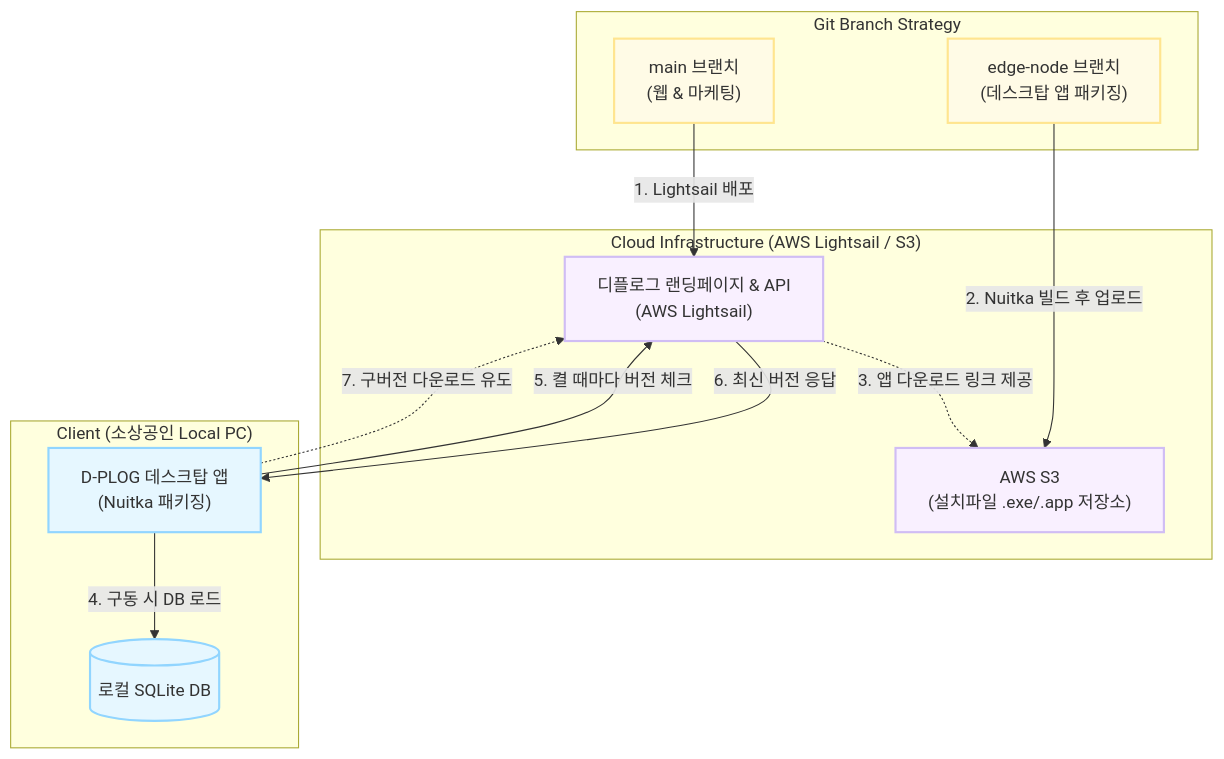
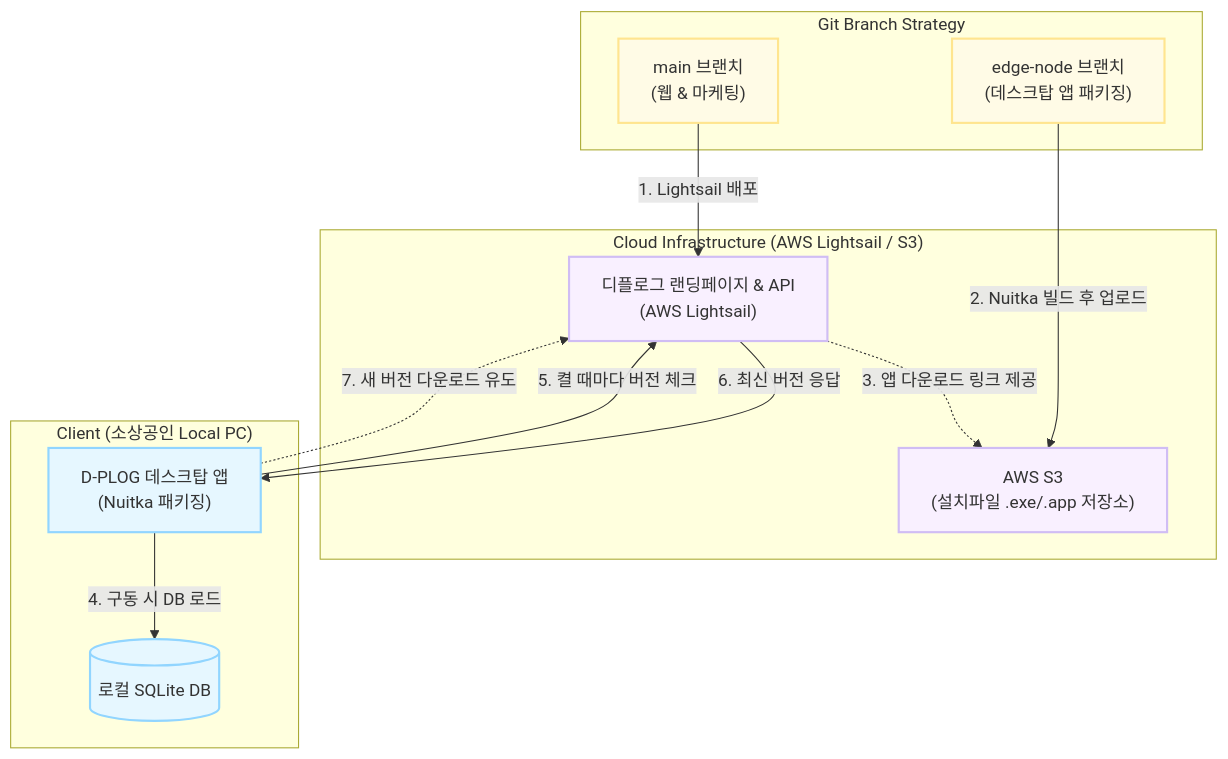
One commit to kjh5848/dplog changed the diagram in docs/02_아키텍처/Phase1_패키징_전략.md. Above: the diagram before and after it, drawn with Mermaid. The commit also changed 542 other files, not shown here.

````diff
--- a/docs/02_아키텍처/Phase1_패키징_전략.md
+++ b/docs/02_아키텍처/Phase1_패키징_전략.md
@@ -28,36 +28,36 @@
 ```mermaid
 graph TD
     subgraph "Git Branch Strategy"
         M["main 브랜치<br/>(웹 & 마케팅)"] 
         E["edge-node 브랜치<br/>(데스크탑 앱 패키징)"]
     end
 
     subgraph "Cloud Infrastructure (AWS Lightsail / S3)"
         L["디플로그 랜딩페이지 & API<br/>(AWS Lightsail)"]
         S3["AWS S3<br/>(설치파일 .exe/.app 저장소)"]
     end
 
     subgraph "Client (소상공인 Local PC)"
         APP["D-PLOG 데스크탑 앱<br/>(Nuitka 패키징)"]
         DB[("로컬 SQLite DB")]
     end
 
     %% 배포 흐름
     M -->|"1. Lightsail 배포"| L
     E -->|"2. Nuitka 빌드 후 업로드"| S3
     L -.->|"3. 앱 다운로드 링크 제공"| S3
 
     %% 런타임 업데이트 흐름
     APP -->|"4. 구동 시 DB 로드"| DB
     APP -->|"5. 켤 때마다 버전 체크"| L
     L -->|"6. 최신 버전 응답"| APP
-    APP -.->|"7. 구버전 다운로드 유도"| L
+    APP -.->|"7. 새 버전 다운로드 유도"| L
 
     classDef cloud fill:#f9f0ff,stroke:#d0bdf4,stroke-width:2px;
     classDef client fill:#e6f7ff,stroke:#91d5ff,stroke-width:2px;
     classDef branch fill:#fffbe6,stroke:#ffe58f,stroke-width:2px;
     
     class L,S3 cloud;
     class APP,DB client;
     class M,E branch;
 ```
````
